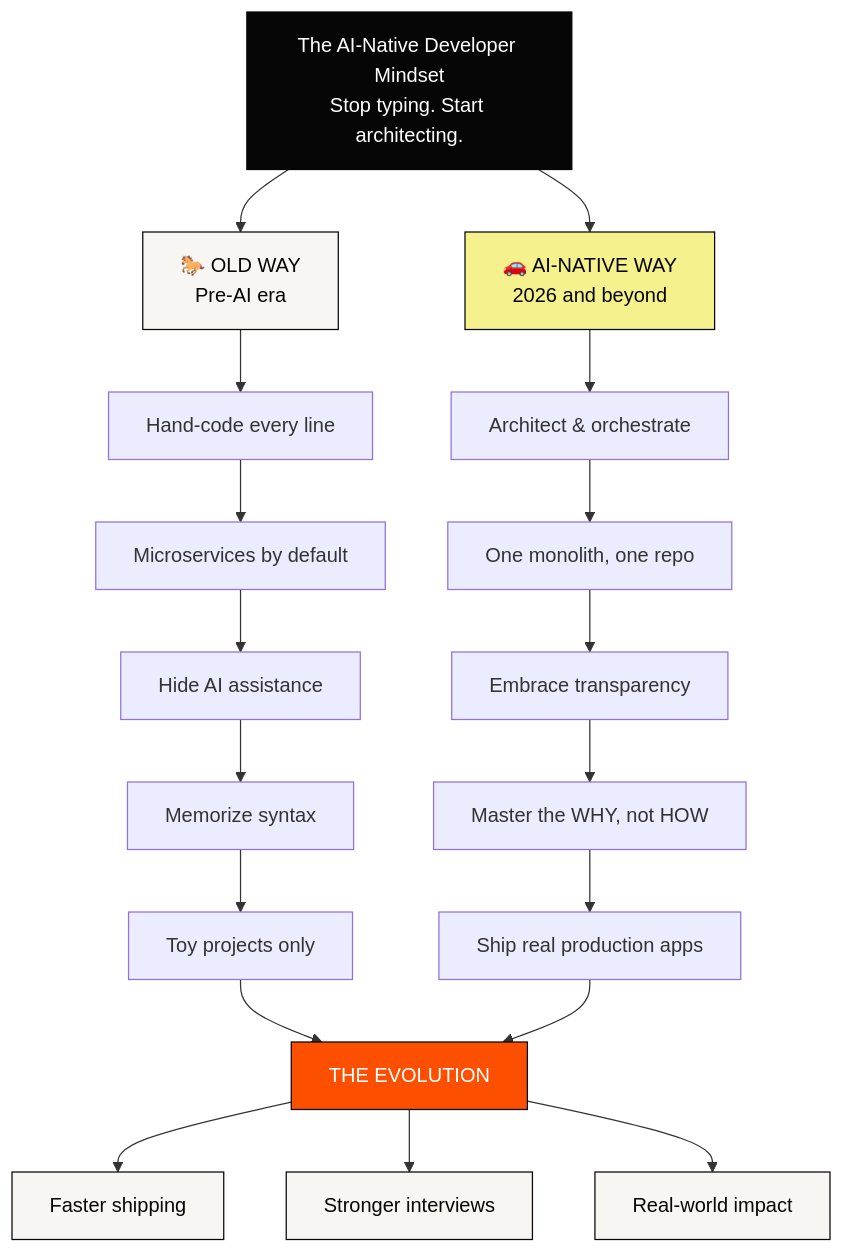
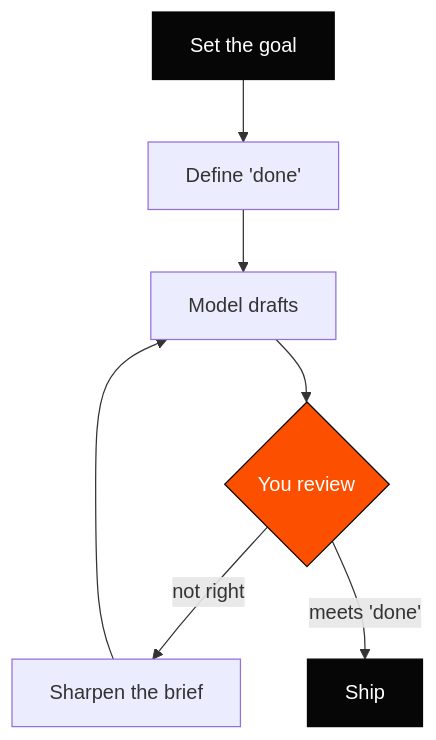
One commit to ChanMeng666/linkedin-post-skill changed the diagram in examples/diagram.mmd. Above: the diagram before and after it, drawn with Mermaid. The commit also changed 24 other files, not shown here.

```diff
--- a/examples/diagram.mmd
+++ b/examples/diagram.mmd
@@ -1,33 +1,16 @@
-%% Example of a diagram that PASSES the visual gate (SKILL.md Step 3):
-%% two contrasting paths (≥3 parts each), a named relationship between them, and a shared
-%% consequence — structure a reader can't absorb from the copy in one pass.
+%% Example of content that belongs in Mermaid (references/visuals.md §2): a loop.
+%% The arrow going back from review to the brief is the point; take it away and the
+%% meaning is gone. Six nodes, short labels, one accent.
 %% No `--- config ---` block: the brand theme is applied by scripts/render-mermaid.mjs.
 flowchart TB
-    TITLE["The AI-Native Developer Mindset<br/>Stop typing. Start architecting."]:::ink
-
-    TITLE --> OLD_HEAD["🐎 OLD WAY<br/>Pre-AI era"]:::surface
-    TITLE --> NEW_HEAD["🚗 AI-NATIVE WAY<br/>2026 and beyond"]:::glare
-
-    OLD_HEAD --> O1["Hand-code every line"]
-    O1 --> O2["Microservices by default"]
-    O2 --> O3["Hide AI assistance"]
-    O3 --> O4["Memorize syntax"]
-    O4 --> O5["Toy projects only"]
-
-    NEW_HEAD --> N1["Architect &amp; orchestrate"]
-    N1 --> N2["One monolith, one repo"]
-    N2 --> N3["Embrace transparency"]
-    N3 --> N4["Master the WHY, not HOW"]
-    N4 --> N5["Ship real production apps"]
-
-    O5 --> EVOLVE["THE EVOLUTION"]:::accent
-    N5 --> EVOLVE
-
-    EVOLVE --> R1["Faster shipping"]:::surface
-    EVOLVE --> R2["Stronger interviews"]:::surface
-    EVOLVE --> R3["Real-world impact"]:::surface
+    GOAL["Set the goal"]:::ink --> DONE["Define 'done'"]
+    DONE --> DRAFT["Model drafts"]
+    DRAFT --> REVIEW{"You review"}:::accent
+    REVIEW -- "not right" --> BRIEF["Sharpen the brief"]
+    BRIEF --> DRAFT
+    REVIEW -- "meets 'done'" --> SHIP["Ship"]:::ink
 
     classDef accent  fill:#FC5000,stroke:#070607,color:#fff;
     classDef ink     fill:#070607,stroke:#070607,color:#fff;
     classDef glare   fill:#F5F28E,stroke:#070607,color:#070607;
     classDef surface fill:#F7F6F2,stroke:#070607,color:#070607;
```
